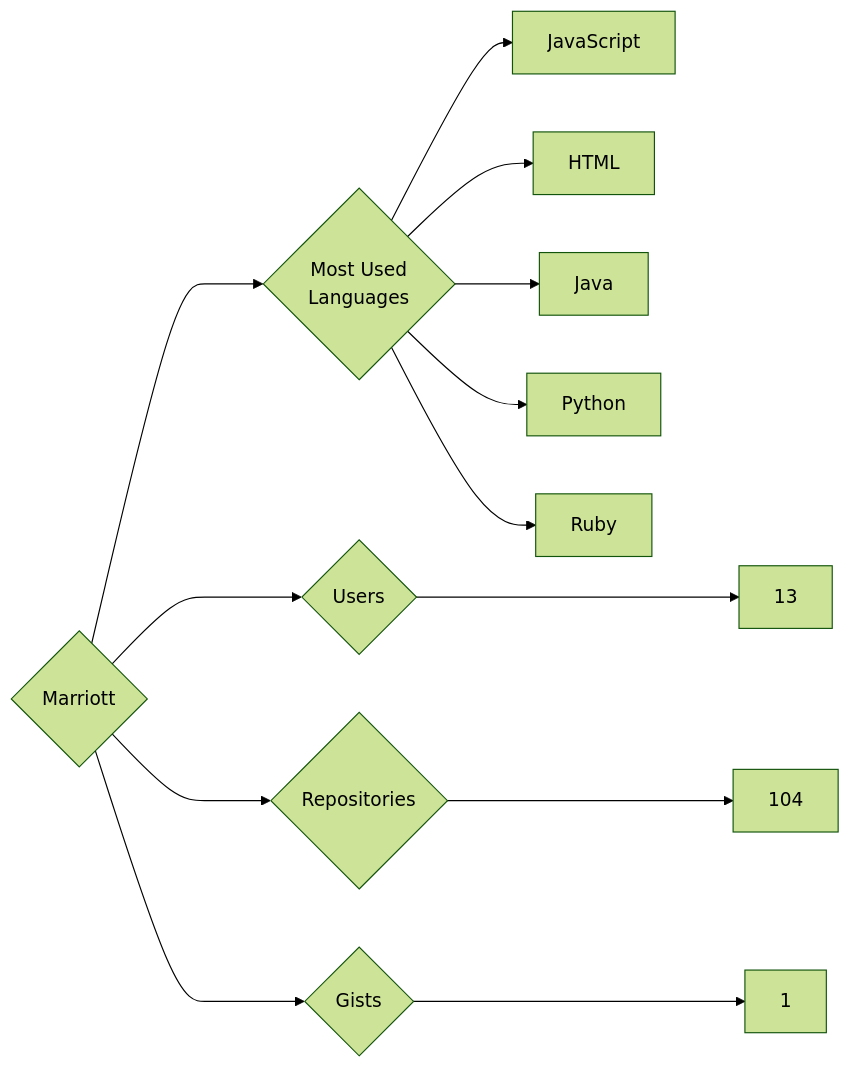
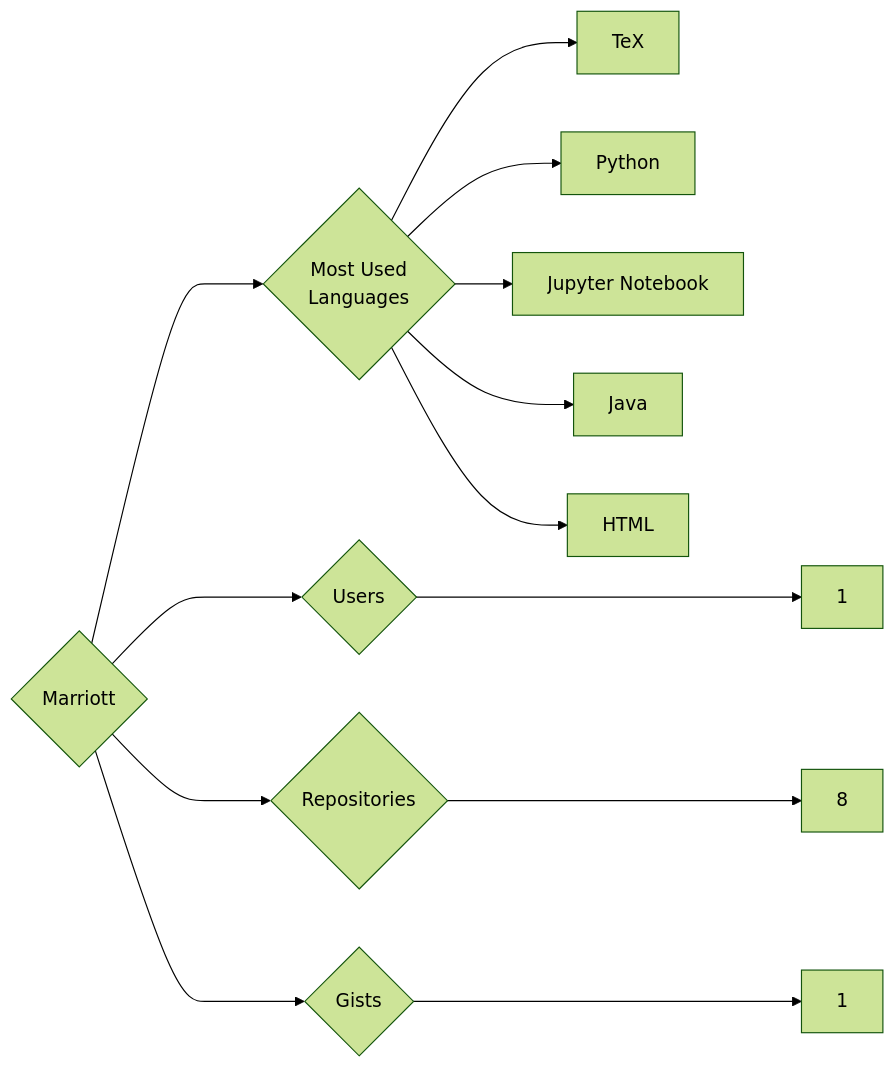
Before and after one commit to trickest/insiders: the diagram in targets/Marriott/README.md, drawn with Mermaid (forest theme). The commit also changed 534 other files, not shown here.

````diff
--- a/targets/Marriott/README.md
+++ b/targets/Marriott/README.md
@@ -3,13 +3,13 @@
 ```mermaid
 graph LR
 COMPANY_NAME{Marriott}
-COMPANY_NAME ---> U{Users} ---> UN[13]
-COMPANY_NAME ---> R{Repositories} ---> RN[104]
+COMPANY_NAME ---> U{Users} ---> UN[1]
+COMPANY_NAME ---> R{Repositories} ---> RN[8]
 COMPANY_NAME ---> G{Gists} ---> GN[1]
 COMPANY_NAME ---> ML{Most Used<br>Languages}
-ML --> JavaScript[JavaScript]
+ML --> TeX[TeX]
+ML --> Python[Python]
+ML --> Jupyter_Notebook[Jupyter Notebook]
+ML --> Java[Java]
 ML --> HTML[HTML]
-ML --> Java[Java]
-ML --> Python[Python]
-ML --> Ruby[Ruby]
 ```
````
